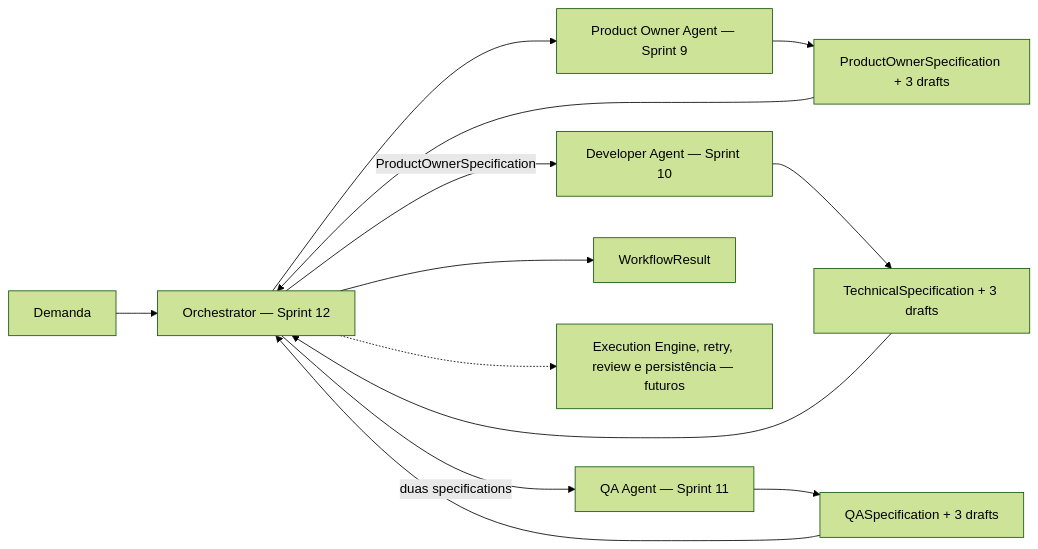
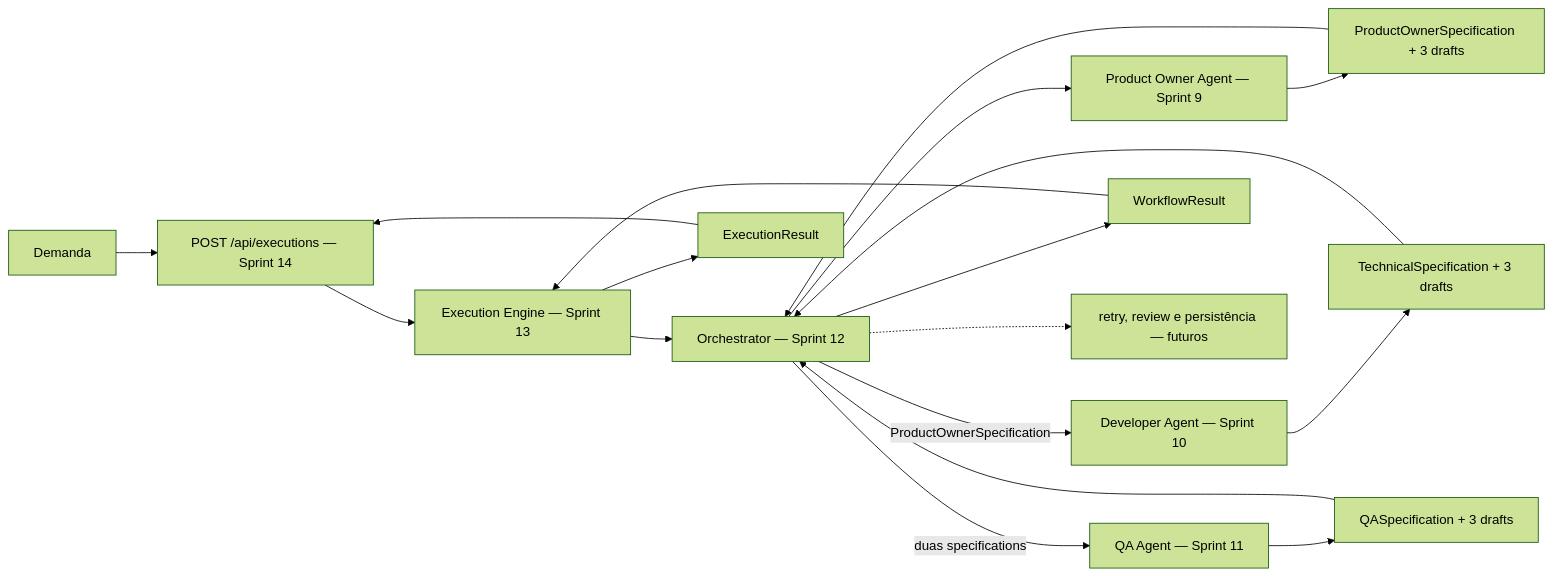
The first of 5 diagrams in knowledge/33-PIPELINE_OVERVIEW.md (felipet66/brq-ai-factory), drawn with Mermaid (forest theme) before and after one commit. The commit also changed other lines of this file and 54 other files, not shown here.

First line of the commit message:
feat(sprint-14): implement HTTP API adapter

````diff
--- a/knowledge/33-PIPELINE_OVERVIEW.md
+++ b/knowledge/33-PIPELINE_OVERVIEW.md
@@ -11,15 +13,20 @@
 ```mermaid
 flowchart LR
-    DEMAND["Demanda"] --> ORCH["Orchestrator — Sprint 12"]
+    HTTP["POST /api/executions — Sprint 14"] --> ENGINE["Execution Engine — Sprint 13"]
+    DEMAND["Demanda"] --> HTTP
+    ENGINE --> ORCH["Orchestrator — Sprint 12"]
     ORCH --> PO["Product Owner Agent — Sprint 9"]
     PO --> POS["ProductOwnerSpecification + 3 drafts"]
     POS --> ORCH
     ORCH -->|"ProductOwnerSpecification"| DEV["Developer Agent — Sprint 10"]
     DEV --> TS["TechnicalSpecification + 3 drafts"]
     TS --> ORCH
     ORCH -->|"duas specifications"| QA["QA Agent — Sprint 11"]
     QA --> QS["QASpecification + 3 drafts"]
     QS --> ORCH
     ORCH --> RESULT["WorkflowResult"]
-    ORCH -.-> FUTURE["Execution Engine, retry, review e persistência — futuros"]
+    RESULT --> ENGINE
+    ENGINE --> EXECUTION["ExecutionResult"]
+    EXECUTION --> HTTP
+    ORCH -.-> FUTURE["retry, review e persistência — futuros"]
 ```
````
